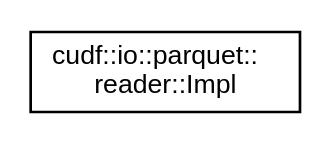
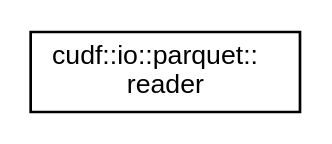
One commit to rapidsai/projects changed the diagram in libcudf/0.9.0/inherit_graph_160.dot. Above: the diagram before and after it, drawn with Graphviz. The commit also changed 601 other files, not shown here.

```diff
--- a/libcudf/0.9.0/inherit_graph_160.dot
+++ b/libcudf/0.9.0/inherit_graph_160.dot
@@ -1,7 +1,7 @@
 digraph "Graphical Class Hierarchy"
 {
   edge [fontname="Helvetica",fontsize="10",labelfontname="Helvetica",labelfontsize="10"];
   node [fontname="Helvetica",fontsize="10",shape=record];
   rankdir="LR";
-  Node0 [label="cudf::io::parquet::\lreader::Impl",height=0.2,width=0.4,color="black", fillcolor="white", style="filled",URL="$classcudf_1_1io_1_1parquet_1_1reader_1_1Impl.html",tooltip="Implementation for Parquet reader. "];
+  Node0 [label="cudf::io::parquet::\lreader",height=0.2,width=0.4,color="black", fillcolor="white", style="filled",URL="$classcudf_1_1io_1_1parquet_1_1reader.html",tooltip="Class to read Apache Parquet data into cuDF columns "];
 }
```
